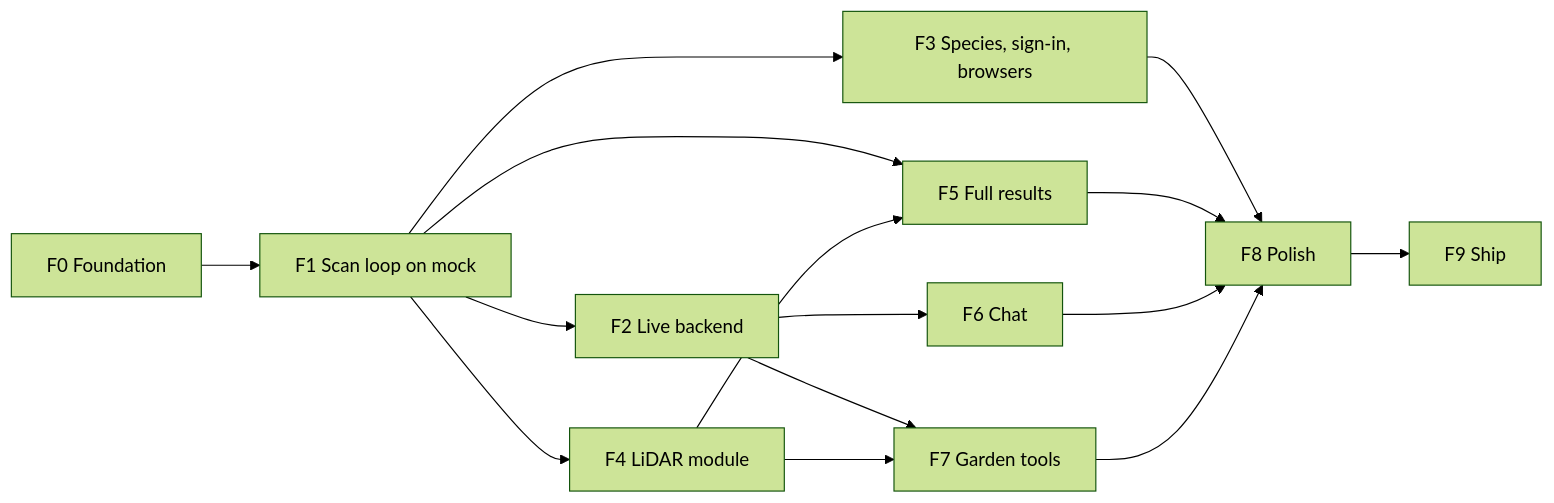
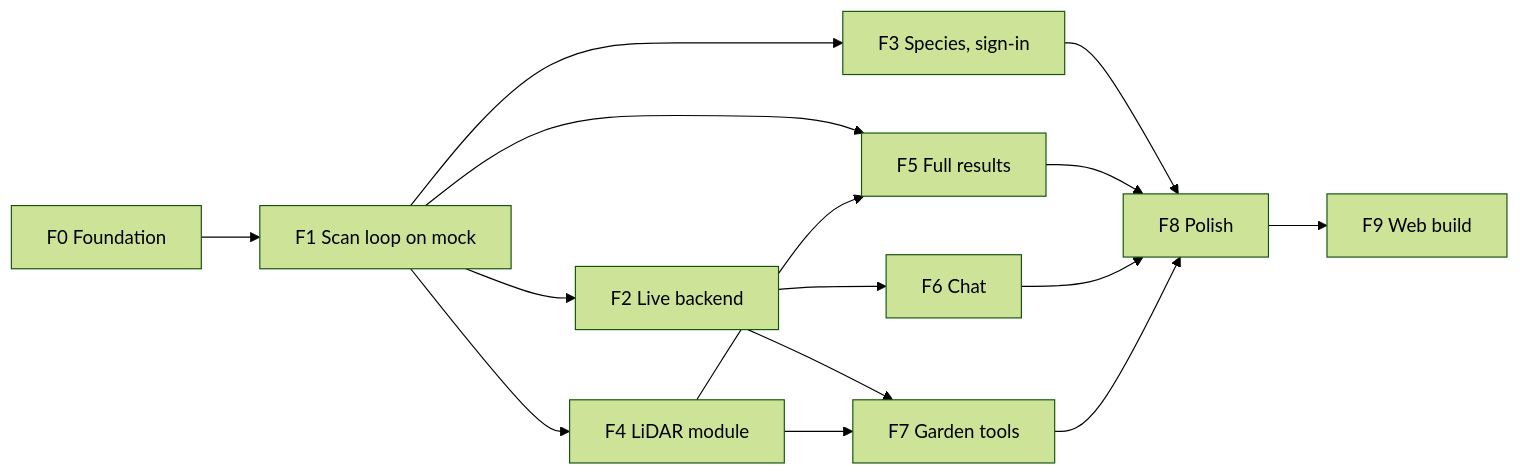
Before and after one commit to aacruzgon/GreenLens: the diagram in docs/frontend/roadmap.md, drawn with Mermaid (forest theme). The commit also changed other lines of this file and 1 other file, not shown here.

First line of the commit message:
docs(frontend,app): build for iOS only, the web build last, and the design first

````diff
--- a/docs/frontend/roadmap.md
+++ b/docs/frontend/roadmap.md
@@ -80,17 +81,17 @@
 ```mermaid
 flowchart LR
   F0[F0 Foundation] --> F1[F1 Scan loop on mock]
   F1 --> F2[F2 Live backend]
-  F1 --> F3[F3 Species, sign-in, browsers]
+  F1 --> F3[F3 Species, sign-in]
   F1 --> F4[F4 LiDAR module]
   F1 --> F5[F5 Full results]
   F4 --> F5
   F2 --> F6[F6 Chat]
   F2 --> F7[F7 Garden tools]
   F4 --> F7
   F3 --> F8[F8 Polish]
   F5 --> F8
   F6 --> F8
   F7 --> F8
-  F8 --> F9[F9 Ship]
+  F8 --> F9[F9 Web build]
 ```
````
